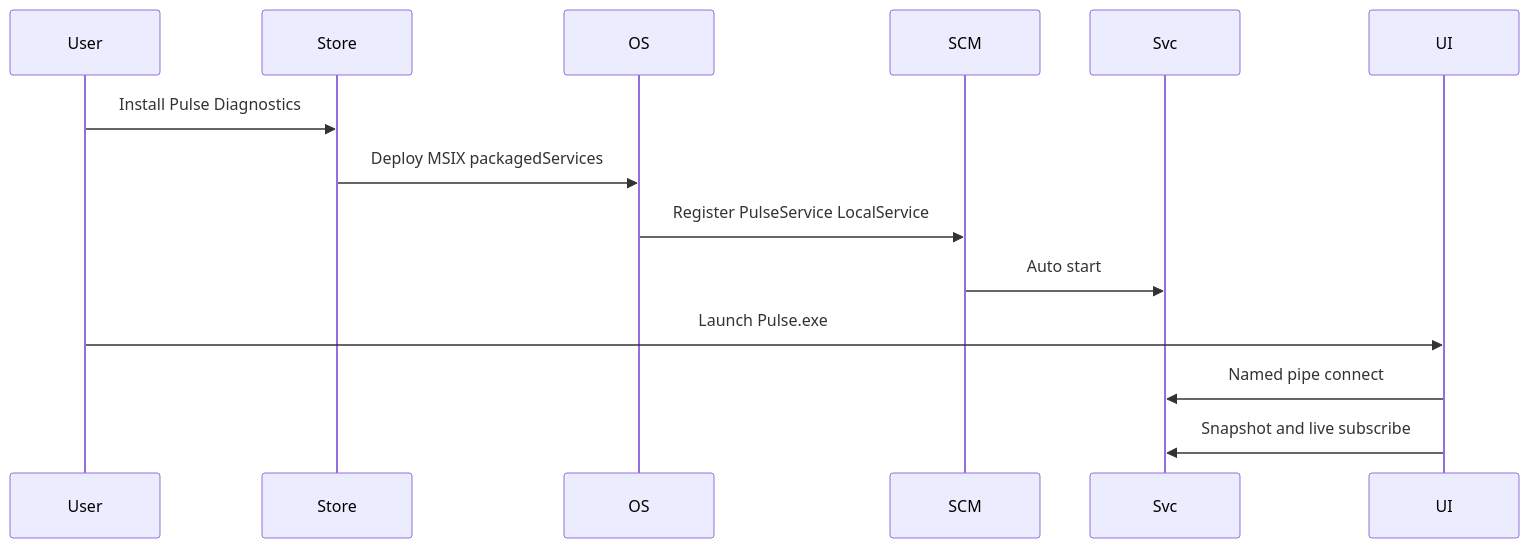
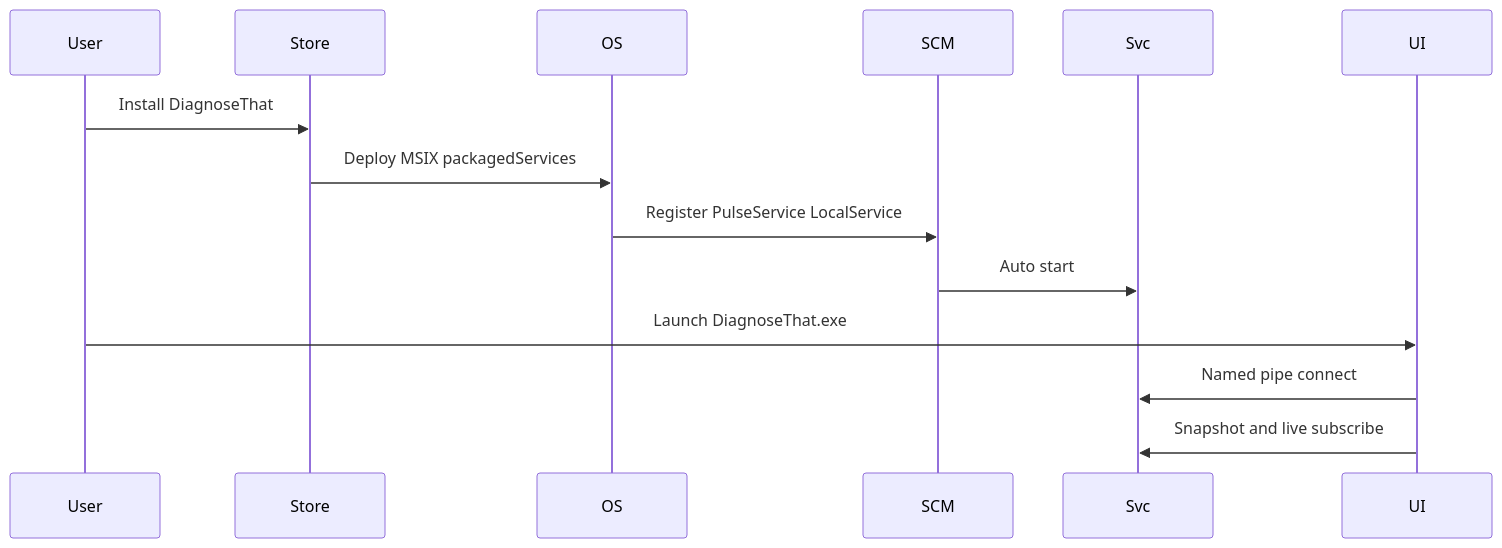
Before and after one commit to Lianhahaha/DiagnoseThat: the fourth of 7 diagrams in docs/store/packagedServices-business-justification.md, drawn with Mermaid. The commit also changed other lines of this file and 94 other files, not shown here.

````diff
--- a/docs/store/packagedServices-business-justification.md
+++ b/docs/store/packagedServices-business-justification.md
@@ -488,17 +488,17 @@
 ```mermaid
 sequenceDiagram
   participant User
   participant Store
   participant OS
   participant SCM
   participant Svc
   participant UI
 
-  User->>Store: Install Pulse Diagnostics
+  User->>Store: Install DiagnoseThat
   Store->>OS: Deploy MSIX packagedServices
   OS->>SCM: Register PulseService LocalService
   SCM->>Svc: Auto start
-  User->>UI: Launch Pulse.exe
+  User->>UI: Launch DiagnoseThat.exe
   UI->>Svc: Named pipe connect
   UI->>Svc: Snapshot and live subscribe
 ```
````
